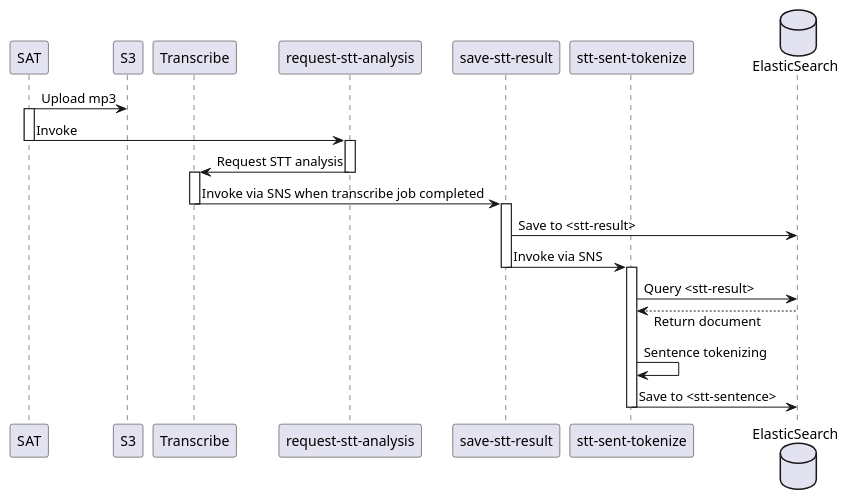
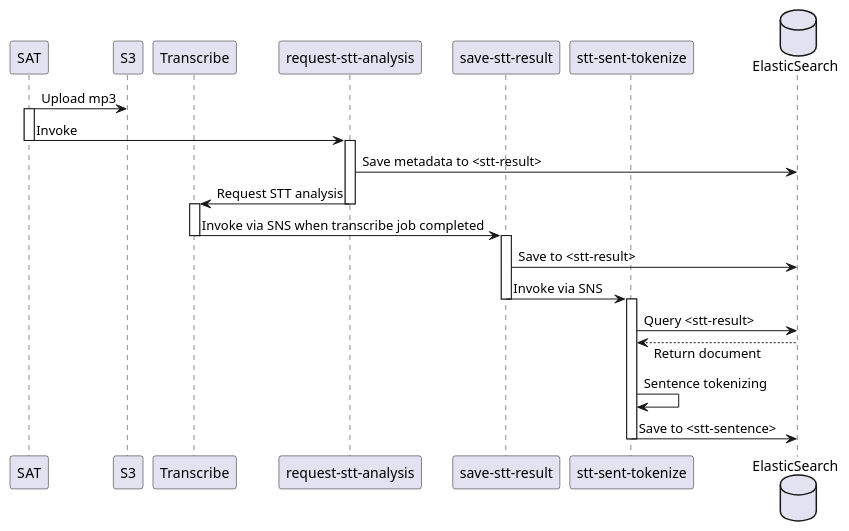
Before and after one commit to ipf-dev/sat-anti-luddite: the diagram in doc/stt-process.puml, drawn with PlantUML. The commit also changed 7 other files, not shown here.

```diff
--- a/doc/stt-process.puml
+++ b/doc/stt-process.puml
@@ -1,37 +1,38 @@
 @startuml
 skinparam responseMessageBelowArrow true
 
 participant SAT
 participant S3
 participant Transcribe
 participant "request-stt-analysis"
 participant "save-stt-result"
 participant "stt-sent-tokenize"
 database ElasticSearch
 
 SAT -> S3: Upload mp3
 
 activate SAT
 SAT -> "request-stt-analysis": Invoke
 deactivate SAT
 
 activate "request-stt-analysis"
+"request-stt-analysis" -> ElasticSearch: Save metadata to <stt-result>
 "request-stt-analysis" -> Transcribe: Request STT analysis
 deactivate "request-stt-analysis"
 
 activate Transcribe
 Transcribe -> "save-stt-result": Invoke via SNS when transcribe job completed
 deactivate Transcribe
 
 activate "save-stt-result"
 "save-stt-result" -> ElasticSearch: Save to <stt-result>
 "save-stt-result" -> "stt-sent-tokenize": Invoke via SNS
 deactivate "save-stt-result"
 
 activate "stt-sent-tokenize"
 "stt-sent-tokenize" -> ElasticSearch: Query <stt-result>
 "stt-sent-tokenize"<-- ElasticSearch: Return document
 "stt-sent-tokenize" -> "stt-sent-tokenize": Sentence tokenizing
 "stt-sent-tokenize" -> ElasticSearch: Save to <stt-sentence>
 deactivate "stt-sent-tokenize"
 @enduml
```
